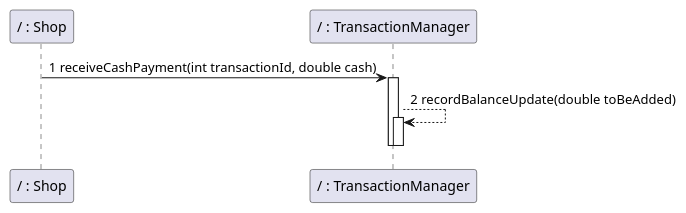
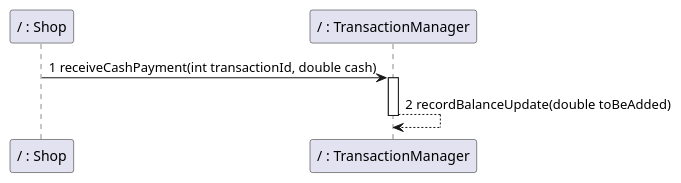
Before and after one commit to nicolabattaglino/ezshop: diagram 27 of 32 in Deliverables/DesignDocument.md, drawn with PlantUML. The commit also changed other lines of this file, not shown here.

````diff
--- a/Deliverables/DesignDocument.md
+++ b/Deliverables/DesignDocument.md
@@ -1321,12 +1321,10 @@
 ```plantuml
 @startuml
 participant "/ : Shop" as Shop
 participant "/ : TransactionManager" as TransactionManager
 Shop -> TransactionManager:1 receiveCashPayment(int transactionId, double cash)
 activate TransactionManager
 TransactionManager --> TransactionManager:2 recordBalanceUpdate(double toBeAdded)
-activate TransactionManager
-deactivate TransactionManager
 deactivate TransactionManager
 @enduml
 ```
````
